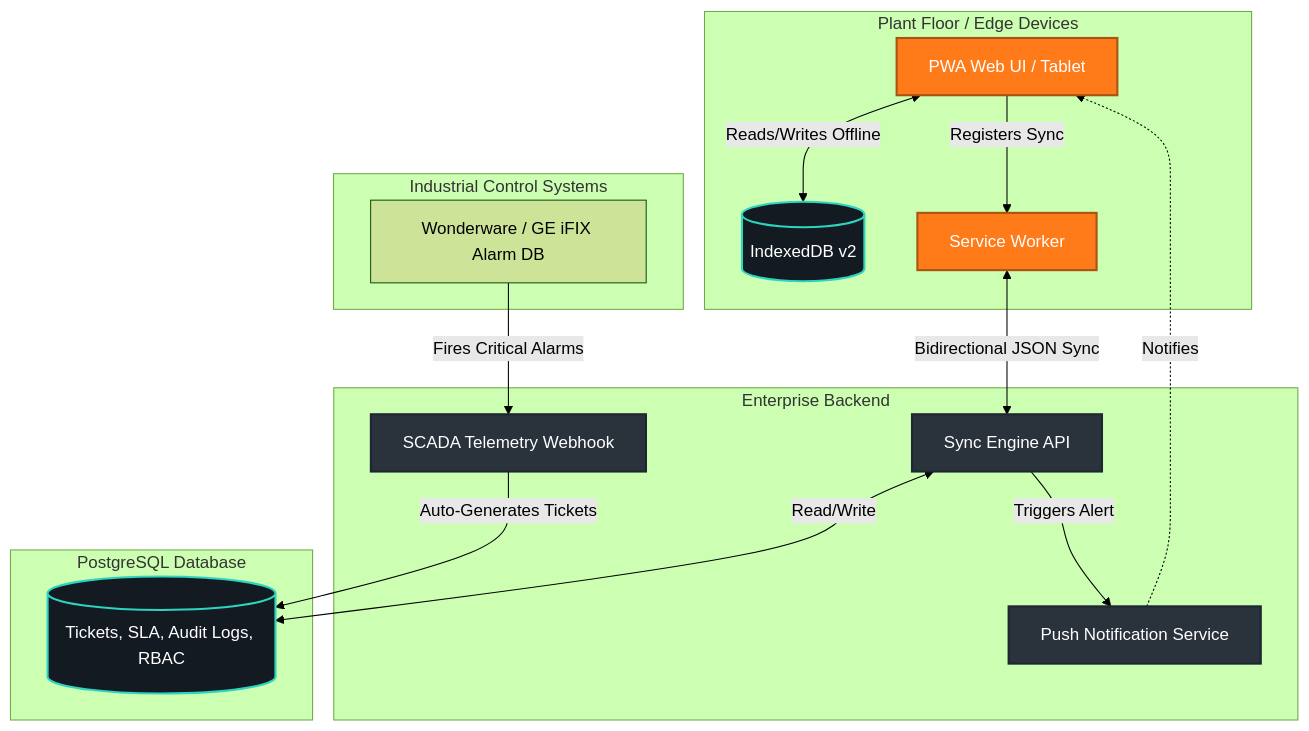
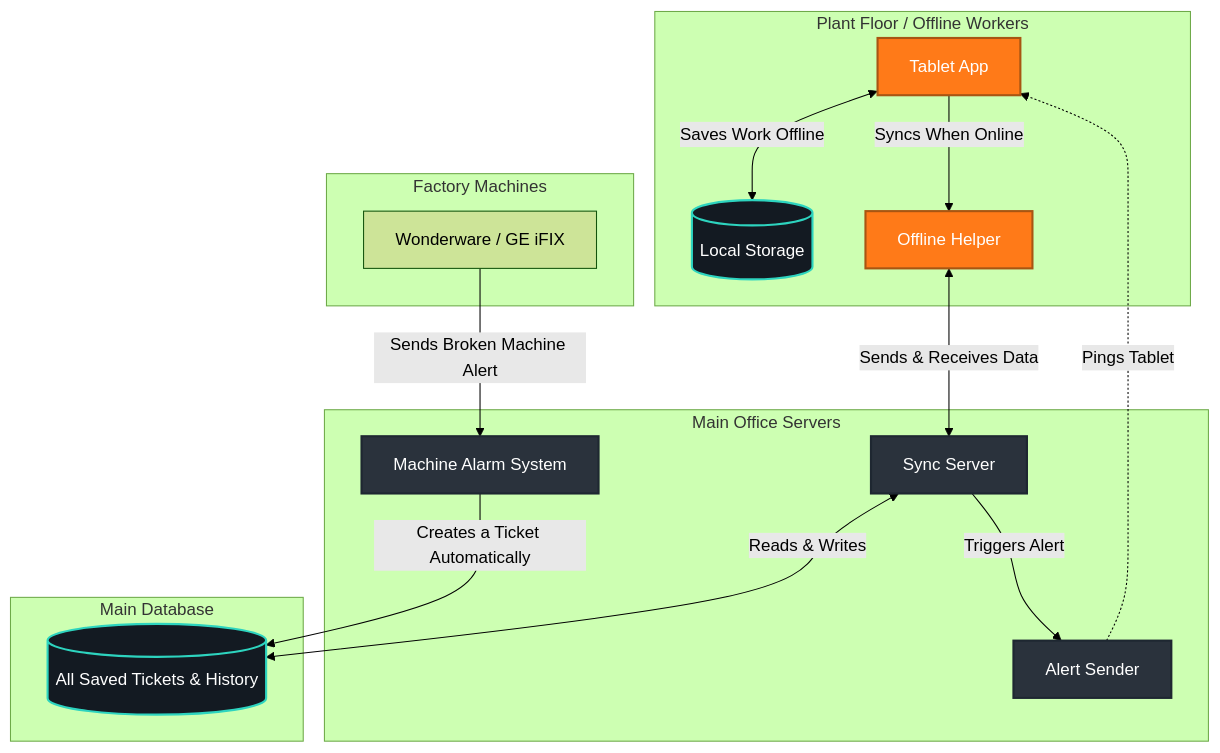
Before and after one commit to githubbest729/SCADA-SupportDesk: the diagram in README.md, drawn with Mermaid (forest theme). The commit also changed other lines of this file, not shown here.

````diff
--- a/README.md
+++ b/README.md
@@ -13,40 +9,40 @@
 ```mermaid
 graph TD
-    subgraph Plant Floor [Plant Floor / Edge Devices]
-        UI[PWA Web UI / Tablet]
-        IDB[(IndexedDB v2)]
-        SW[Service Worker]
+    subgraph Plant Floor [Plant Floor / Offline Workers]
+        UI[Tablet App]
+        IDB[(Local Storage)]
+        SW[Offline Helper]
         
-        UI <-->|Reads/Writes Offline| IDB
-        UI -->|Registers Sync| SW
+        UI <-->|Saves Work Offline| IDB
+        UI -->|Syncs When Online| SW
     end
 
-    subgraph Central Data Center [Enterprise Backend]
-        API[Sync Engine API]
-        Tele[SCADA Telemetry Webhook]
-        Push[Push Notification Service]
+    subgraph Main Office [Main Office Servers]
+        API[Sync Server]
+        Tele[Machine Alarm System]
+        Push[Alert Sender]
     end
 
-    subgraph Database [PostgreSQL Database]
-        PG[(Tickets, SLA, Audit Logs, RBAC)]
+    subgraph Database [Main Database]
+        PG[(All Saved Tickets & History)]
     end
 
-    subgraph Industrial Control Systems
-        SCADA[Wonderware / GE iFIX Alarm DB]
+    subgraph Machines [Factory Machines]
+        SCADA[Wonderware / GE iFIX]
     end
 
-    SW <-->|Bidirectional JSON Sync| API
-    API <-->|Read/Write| PG
-    SCADA -->|Fires Critical Alarms| Tele
-    Tele -->|Auto-Generates Tickets| PG
+    SW <-->|Sends & Receives Data| API
+    API <-->|Reads & Writes| PG
+    SCADA -->|Sends Broken Machine Alert| Tele
+    Tele -->|Creates a Ticket Automatically| PG
     API -->|Triggers Alert| Push
-    Push -.->|Notifies| UI
+    Push -.->|Pings Tablet| UI
 
     classDef primary fill:#ff7a18,stroke:#a85512,stroke-width:2px,color:#fff;
     classDef secondary fill:#2a323c,stroke:#1e2731,stroke-width:2px,color:#fff;
     classDef database fill:#131a22,stroke:#2dd4bf,stroke-width:2px,color:#fff;
     
     class UI,SW primary;
     class API,Tele,Push secondary;
     class PG,IDB database;
 ```
````
